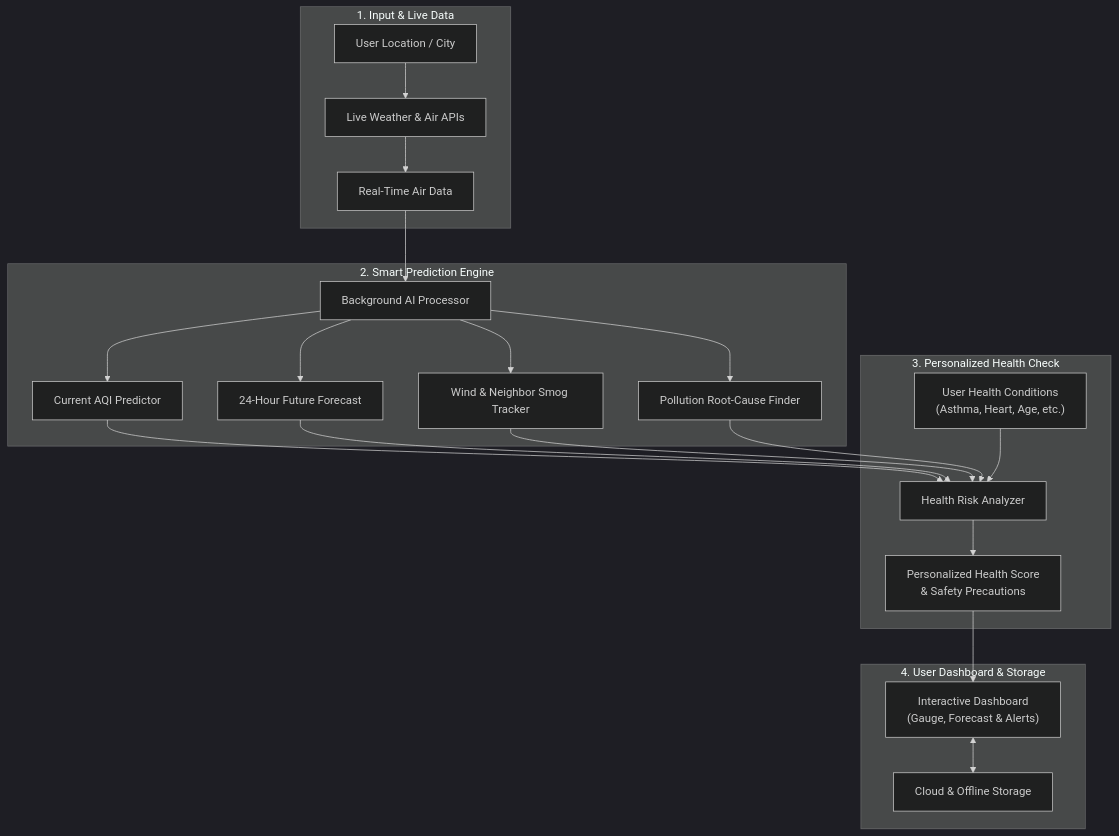
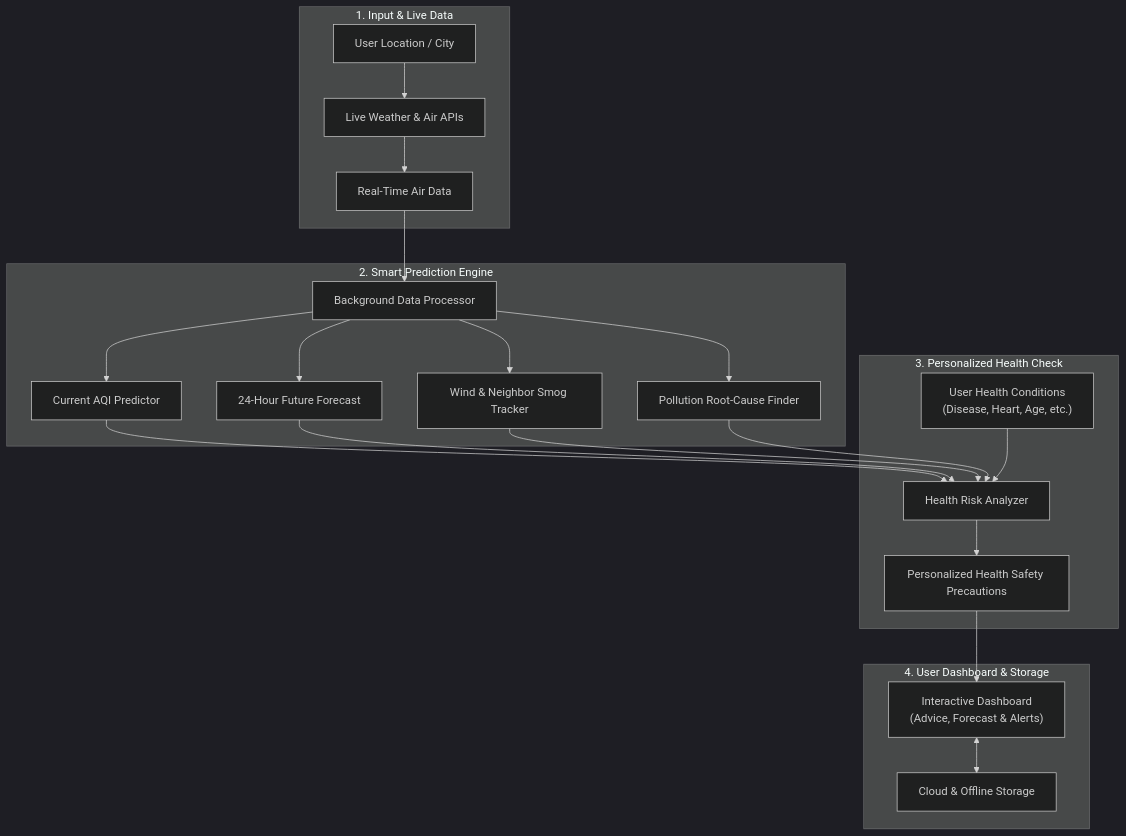
One commit to srirajpillai/AQI-Prediction changed the diagram in README.md. Above: the diagram before and after it, drawn with Mermaid (dark theme).

Commit message:
Update terminology in README for clarity

````diff
--- a/README.md
+++ b/README.md
@@ -55,30 +55,30 @@
 ```mermaid
 flowchart TD
     %% Step 1: Input & Data
     subgraph Step1 ["1. Input & Live Data"]
         A["User Location / City"] --> B["Live Weather & Air APIs"]
         B --> C["Real-Time Air Data"]
     end
 
     %% Step 2: Smart AI Engine
     subgraph Step2 ["2. Smart Prediction Engine"]
-        C --> D["Background AI Processor"]
+        C --> D["Background Data Processor"]
         D --> M1["Current AQI Predictor"]
         D --> M2["24-Hour Future Forecast"]
         D --> M3["Wind & Neighbor Smog Tracker"]
         D --> M4["Pollution Root-Cause Finder"]
     end
 
     %% Step 3: Health Engine
     subgraph Step3 ["3. Personalized Health Check"]
         M1 & M2 & M3 & M4 --> H1["Health Risk Analyzer"]
-        UserHealth["User Health Conditions<br/>(Asthma, Heart, Age, etc.)"] --> H1
-        H1 --> H2["Personalized Health Score<br/>& Safety Precautions"]
+        UserHealth["User Health Conditions<br/>(Disease, Heart, Age, etc.)"] --> H1
+        H1 --> H2["Personalized Health Safety Precautions"]
     end
 
     %% Step 4: Dashboard & Storage
     subgraph Step4 ["4. User Dashboard & Storage"]
-        H2 --> UI["Interactive Dashboard<br/>(Gauge, Forecast & Alerts)"]
+        H2 --> UI["Interactive Dashboard<br/>(Advice, Forecast & Alerts)"]
         UI <--> Storage["Cloud & Offline Storage"]
     end
 ```
````
